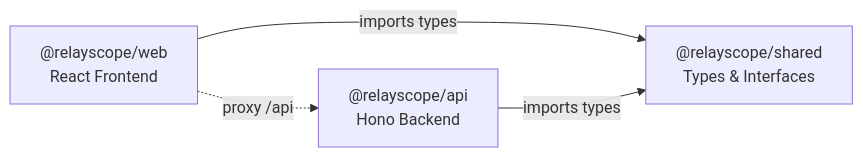
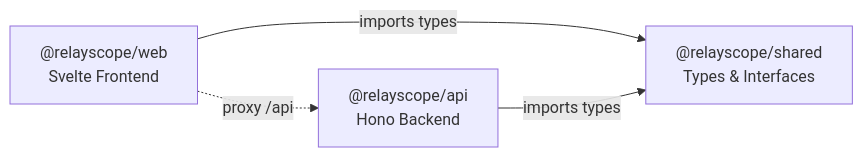
Before and after one commit to saad-tayyab/relay-dog: the second of 4 diagrams in docs/architecture/overview.md, drawn with Mermaid. The commit also changed other lines of this file and 55 other files, not shown here.

First line of the commit message:
feat: migrate frontend from React 19 to Svelte 5

````diff
--- a/docs/architecture/overview.md
+++ b/docs/architecture/overview.md
@@ -39,10 +39,10 @@
 ```mermaid
 graph LR
     SHARED["@relayscope/shared<br/>Types & Interfaces"]
-    WEB["@relayscope/web<br/>React Frontend"]
+    WEB["@relayscope/web<br/>Svelte Frontend"]
     API["@relayscope/api<br/>Hono Backend"]
 
     WEB -->|"imports types"| SHARED
     API -->|"imports types"| SHARED
     WEB -.->|"proxy /api"| API
 ```
````
